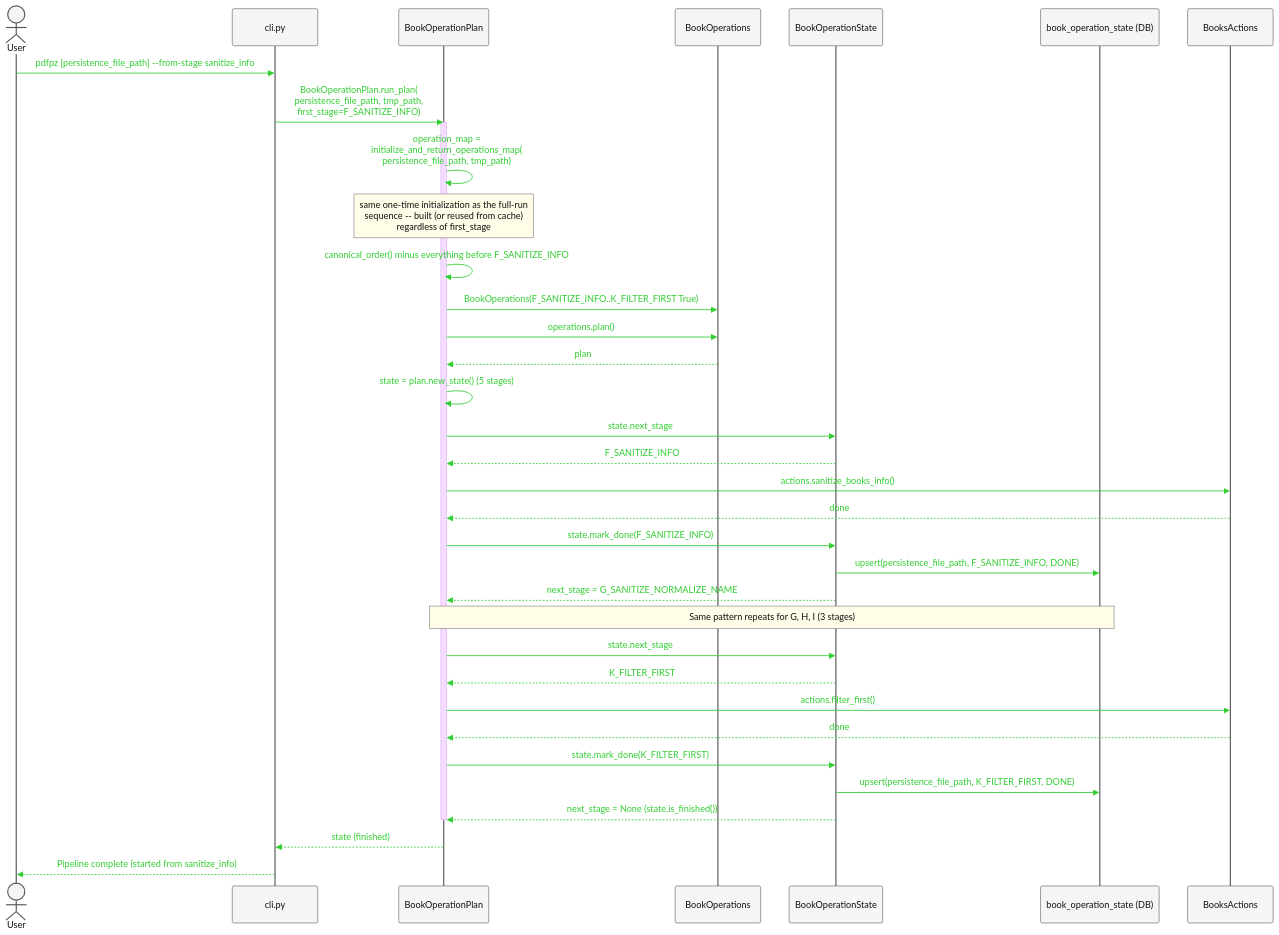
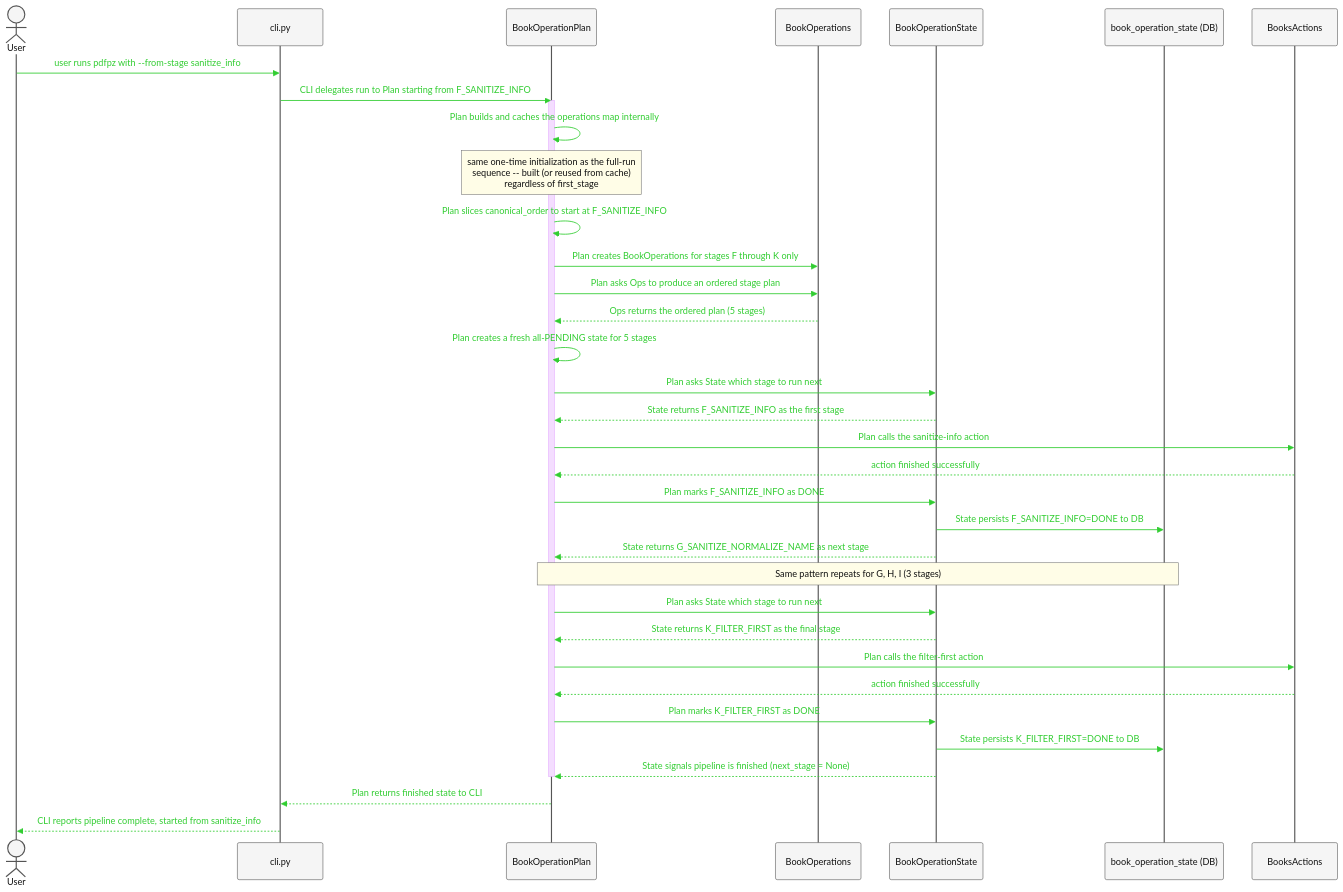
The second of 4 diagrams in src/pdfpz/Docs/api-cli-hl.md (sdhube/forkpdfpz), drawn with Mermaid before and after one commit. The commit also changed other lines of this file, not shown here.

Commit message:
replace sequence arrow text with plain English descriptions

````diff
--- a/src/pdfpz/Docs/api-cli-hl.md
+++ b/src/pdfpz/Docs/api-cli-hl.md
@@ -148,58 +148,58 @@
 ```mermaid
 %%{init: {
   "theme": "base",
   "themeVariables": {
     "fontSize": "48px",
     "actorFontSize": "48px",
     "messageFontSize": "44px",
     "noteFontSize": "40px",
     "actorBkg": "#f5f5f5",
     "actorBorder": "#555555",
     "actorTextColor": "#111111",
     "signalColor": "#32CD32",
     "signalTextColor": "#32CD32",
     "labelTextColor": "#32CD32",
     "noteBkgColor": "#fffde7",
     "noteBorderColor": "#777777",
     "noteTextColor": "#111111"
   },
   "themeCSS": ".messageText,.signalText,.labelText{fill:#32CD32 !important;stroke:none !important;} .messageLine0,.messageLine1{stroke:#32CD32 !important;}"
 }}%%
 sequenceDiagram
     actor User
     participant CLI as cli.py
     participant Plan as BookOperationPlan
     participant Ops as BookOperations
     participant State as BookOperationState
     participant DB as book_operation_state (DB)
     participant Actions as BooksActions
 
-    User->>CLI: pdfpz [persistence_file_path] --from-stage sanitize_info
-    CLI->>Plan: BookOperationPlan.run_plan(<br/>persistence_file_path, tmp_path,<br/>first_stage=F_SANITIZE_INFO)
+    User->>CLI: user runs pdfpz with --from-stage sanitize_info
+    CLI->>Plan: CLI delegates run to Plan starting from F_SANITIZE_INFO
     activate Plan
-    Plan->>Plan: operation_map =<br/>initialize_and_return_operations_map(<br/>persistence_file_path, tmp_path)
+    Plan->>Plan: Plan builds and caches the operations map internally
     Note over Plan: same one-time initialization as the full-run<br/>sequence -- built (or reused from cache)<br/>regardless of first_stage
-    Plan->>Plan: canonical_order() minus everything before F_SANITIZE_INFO
-    Plan->>Ops: BookOperations(F_SANITIZE_INFO..K_FILTER_FIRST True)
-    Plan->>Ops: operations.plan()
-    Ops-->>Plan: plan
-    Plan->>Plan: state = plan.new_state() (5 stages)
-    Plan->>State: state.next_stage
-    State-->>Plan: F_SANITIZE_INFO
-    Plan->>Actions: actions.sanitize_books_info()
-    Actions-->>Plan: done
-    Plan->>State: state.mark_done(F_SANITIZE_INFO)
-    State->>DB: upsert(persistence_file_path, F_SANITIZE_INFO, DONE)
-    State-->>Plan: next_stage = G_SANITIZE_NORMALIZE_NAME
+    Plan->>Plan: Plan slices canonical_order to start at F_SANITIZE_INFO
+    Plan->>Ops: Plan creates BookOperations for stages F through K only
+    Plan->>Ops: Plan asks Ops to produce an ordered stage plan
+    Ops-->>Plan: Ops returns the ordered plan (5 stages)
+    Plan->>Plan: Plan creates a fresh all-PENDING state for 5 stages
+    Plan->>State: Plan asks State which stage to run next
+    State-->>Plan: State returns F_SANITIZE_INFO as the first stage
+    Plan->>Actions: Plan calls the sanitize-info action
+    Actions-->>Plan: action finished successfully
+    Plan->>State: Plan marks F_SANITIZE_INFO as DONE
+    State->>DB: State persists F_SANITIZE_INFO=DONE to DB
+    State-->>Plan: State returns G_SANITIZE_NORMALIZE_NAME as next stage
     Note over Plan,DB: Same pattern repeats for G, H, I (3 stages)
-    Plan->>State: state.next_stage
-    State-->>Plan: K_FILTER_FIRST
-    Plan->>Actions: actions.filter_first()
-    Actions-->>Plan: done
-    Plan->>State: state.mark_done(K_FILTER_FIRST)
-    State->>DB: upsert(persistence_file_path, K_FILTER_FIRST, DONE)
-    State-->>Plan: next_stage = None (state.is_finished())
+    Plan->>State: Plan asks State which stage to run next
+    State-->>Plan: State returns K_FILTER_FIRST as the final stage
+    Plan->>Actions: Plan calls the filter-first action
+    Actions-->>Plan: action finished successfully
+    Plan->>State: Plan marks K_FILTER_FIRST as DONE
+    State->>DB: State persists K_FILTER_FIRST=DONE to DB
+    State-->>Plan: State signals pipeline is finished (next_stage = None)
     deactivate Plan
-    Plan-->>CLI: state (finished)
-    CLI-->>User: Pipeline complete (started from sanitize_info)
+    Plan-->>CLI: Plan returns finished state to CLI
+    CLI-->>User: CLI reports pipeline complete, started from sanitize_info
 ```
````
